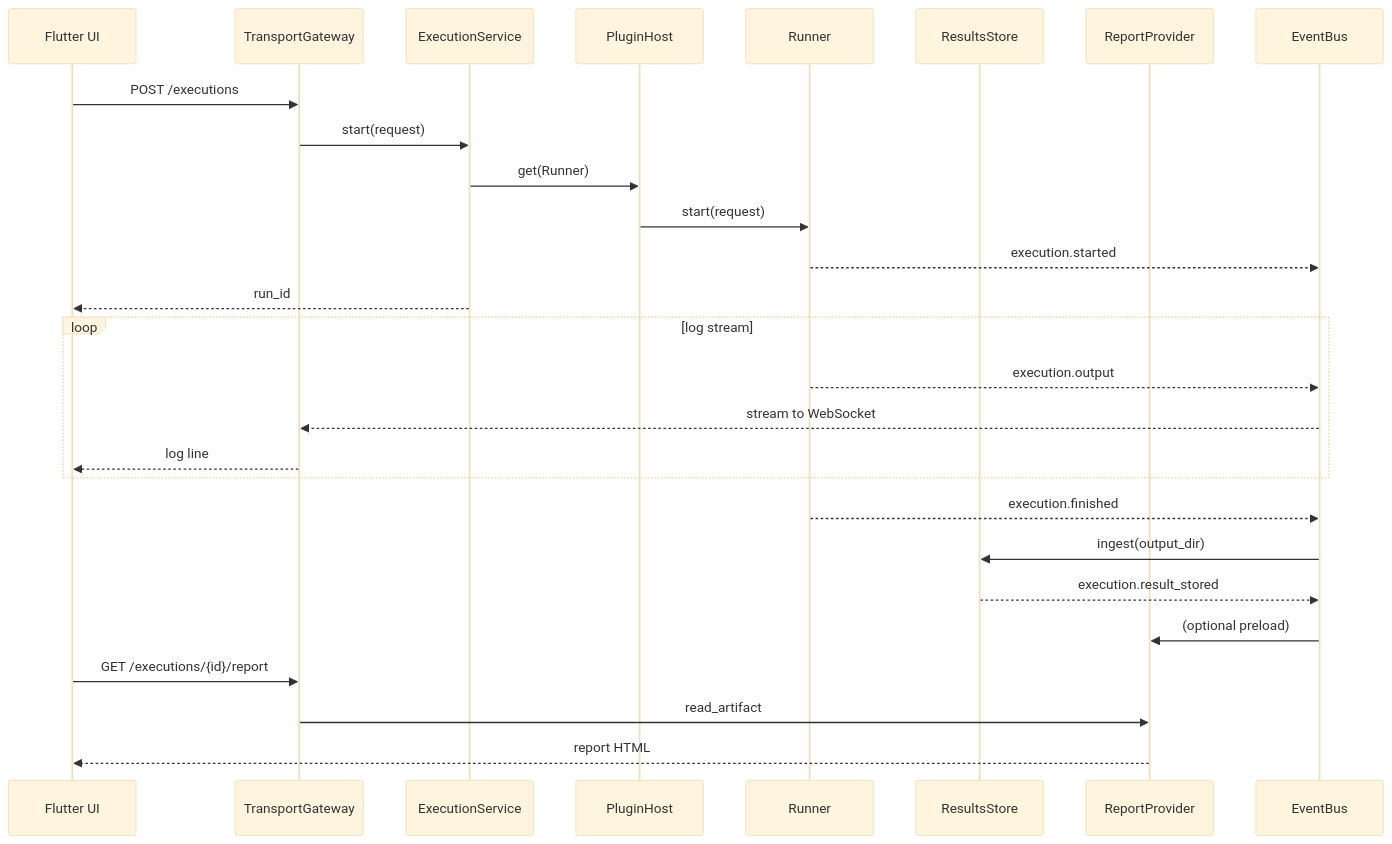
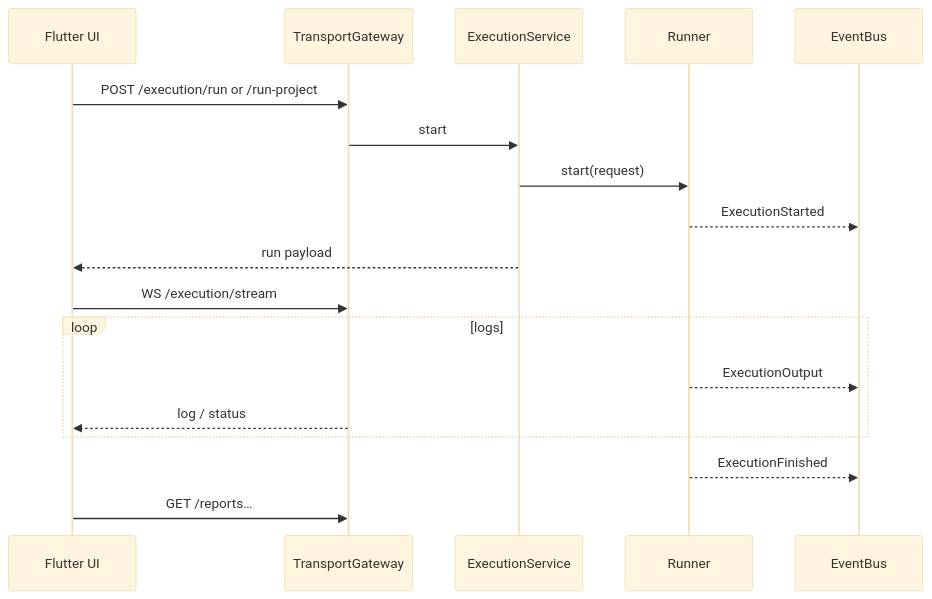
Before and after one commit to deekshith-poojary98/robot-studio: the second of 3 diagrams in ARCHITECTURE.md, drawn with Mermaid (base theme). The commit also changed other lines of this file and 26 other files, not shown here.

First line of the commit message:
Update architecture documentation and enhance indexing features.

````diff
--- a/ARCHITECTURE.md
+++ b/ARCHITECTURE.md
@@ -488,32 +349,21 @@
 ```mermaid
 sequenceDiagram
     participant UI as Flutter UI
     participant GW as TransportGateway
-    participant ES as ExecutionService
-    participant PH as PluginHost
+    participant EX as ExecutionService
     participant R as Runner
-    participant RS as ResultsStore
-    participant RP as ReportProvider
     participant EB as EventBus
 
-    UI->>GW: POST /executions
-    GW->>ES: start(request)
-    ES->>PH: get(Runner)
-    PH->>R: start(request)
-    R-->>EB: execution.started
-    ES-->>UI: run_id
-
-    loop log stream
-        R-->>EB: execution.output
-        EB-->>GW: stream to WebSocket
-        GW-->>UI: log line
+    UI->>GW: POST /execution/run or /run-project
+    GW->>EX: start
+    EX->>R: start(request)
+    R-->>EB: ExecutionStarted
+    EX-->>UI: run payload
+    UI->>GW: WS /execution/stream
+    loop logs
+        R-->>EB: ExecutionOutput
+        GW-->>UI: log / status
     end
-
-    R-->>EB: execution.finished
-    EB->>RS: ingest(output_dir)
-    RS-->>EB: execution.result_stored
-    EB->>RP: (optional preload)
-    UI->>GW: GET /executions/{id}/report
-    GW->>RP: read_artifact
-    RP-->>UI: report HTML
+    R-->>EB: ExecutionFinished
+    UI->>GW: GET /reports…
 ```
````
